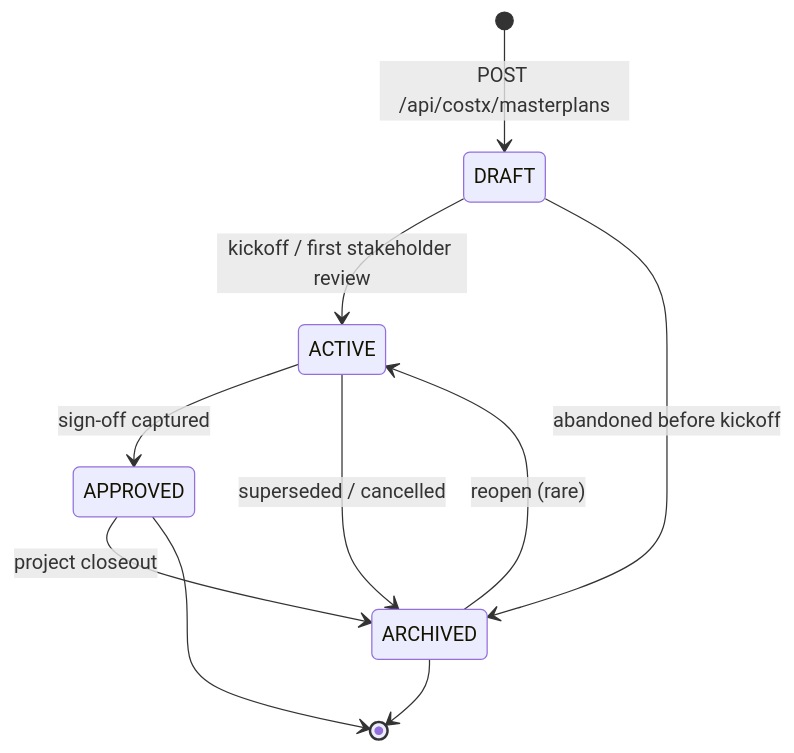
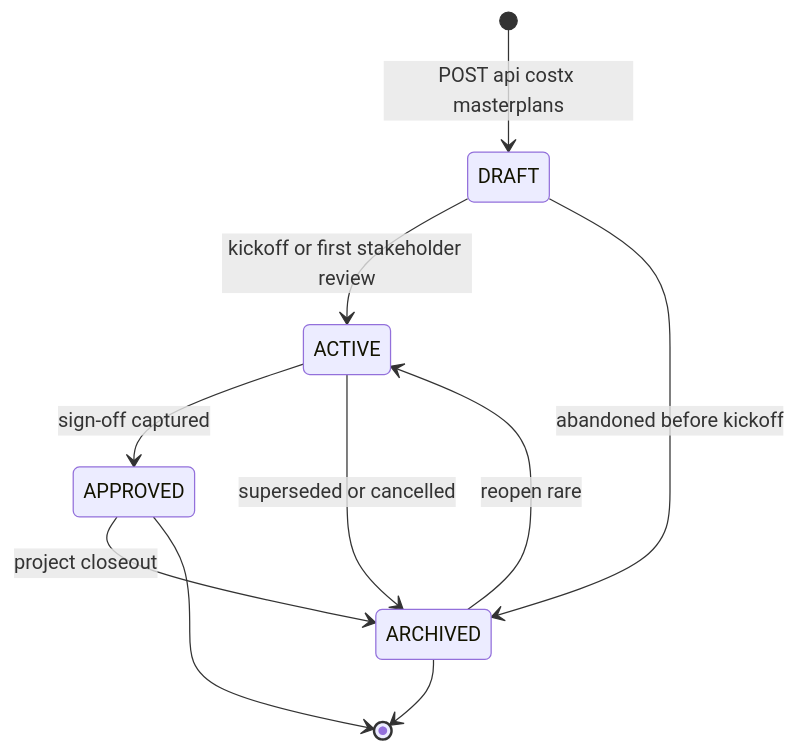
Before and after one commit to tajalagawani/BOQs-master: the third of 3 diagrams in docs/modules/costx.md, drawn with Mermaid. The commit also changed other lines of this file and 8 other files, not shown here.

First line of the commit message:
fix(docs): mermaid 11 syntax across 18 diagrams in 9 module docs

````diff
--- a/docs/modules/costx.md
+++ b/docs/modules/costx.md
@@ -260,12 +260,12 @@
 ```mermaid
 stateDiagram-v2
-    [*] --> DRAFT: POST /api/costx/masterplans
-    DRAFT --> ACTIVE: kickoff / first stakeholder review
+    [*] --> DRAFT: POST api costx masterplans
+    DRAFT --> ACTIVE: kickoff or first stakeholder review
     ACTIVE --> APPROVED: sign-off captured
-    ACTIVE --> ARCHIVED: superseded / cancelled
+    ACTIVE --> ARCHIVED: superseded or cancelled
     APPROVED --> ARCHIVED: project closeout
     DRAFT --> ARCHIVED: abandoned before kickoff
-    ARCHIVED --> ACTIVE: reopen (rare)
+    ARCHIVED --> ACTIVE: reopen rare
     APPROVED --> [*]
     ARCHIVED --> [*]
 ```
````
